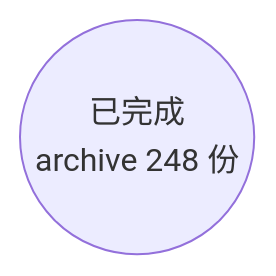
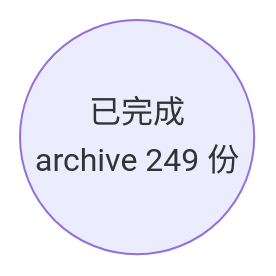
One commit to Halckon/Koven changed the diagram in docs/specs/dependency-graph.md. Above: the diagram before and after it, drawn with Mermaid. The commit also changed other lines of this file and 20 other files, not shown here.

````diff
--- a/docs/specs/dependency-graph.md
+++ b/docs/specs/dependency-graph.md
@@ -9,4 +9,4 @@
 ```mermaid
 flowchart TD
-ARCH(("已完成<br/>archive 248 份"))
+ARCH(("已完成<br/>archive 249 份"))
 ```
````
